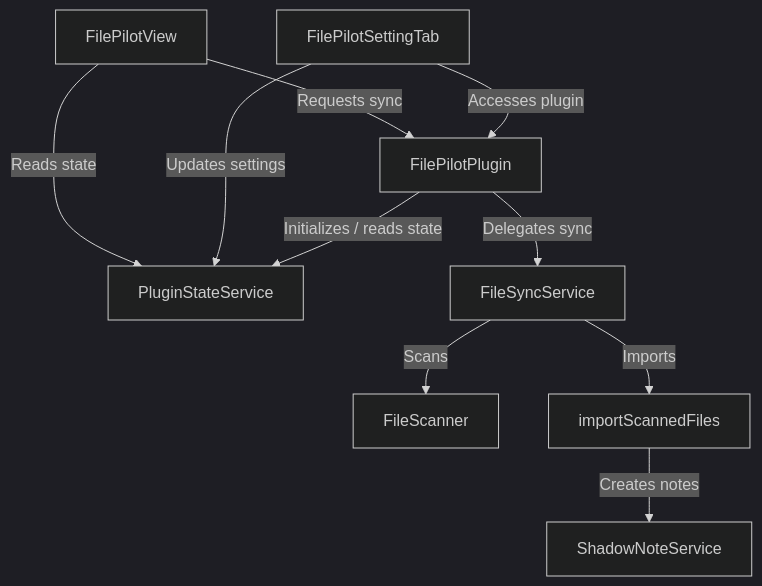
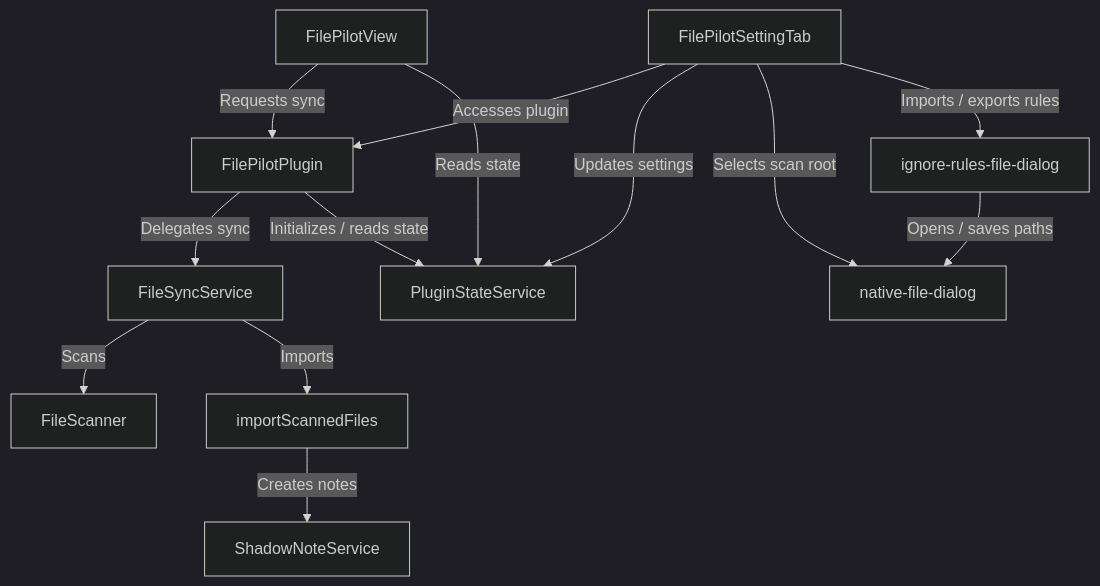
One commit to bdliangxy/file-pilot changed the diagram in docs/architecture.md. Above: the diagram before and after it, drawn with Mermaid (dark theme). The commit also changed 6 other files, not shown here.

Commit message:
tests:update tests and architecture graph about file-pick dialog refractoring

````diff
--- a/docs/architecture.md
+++ b/docs/architecture.md
@@ -3,12 +3,15 @@
 ```mermaid
 flowchart TD
     View["FilePilotView"] -->|"Requests sync"| Main["FilePilotPlugin"]
     View -->|"Reads state"| State["PluginStateService"]
     Settings["FilePilotSettingTab"] -->|"Accesses plugin"| Main
     Settings -->|"Updates settings"| State
+    Settings -->|"Selects scan root"| Dialog["native-file-dialog"]
+    Settings -->|"Imports / exports rules"| IgnoreDialog["ignore-rules-file-dialog"]
+    IgnoreDialog -->|"Opens / saves paths"| Dialog
     Main -->|"Delegates sync"| Sync["FileSyncService"]
     Main -->|"Initializes / reads state"| State
     Sync -->|"Scans"| Scanner["FileScanner"]
     Sync -->|"Imports"| Import["importScannedFiles"]
     Import -->|"Creates notes"| Shadow["ShadowNoteService"]
 ```
````
